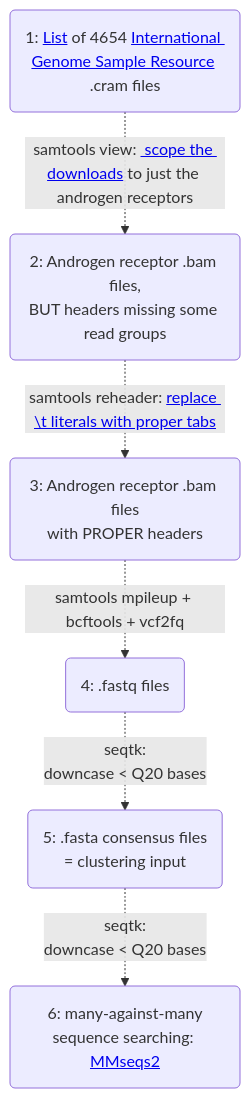
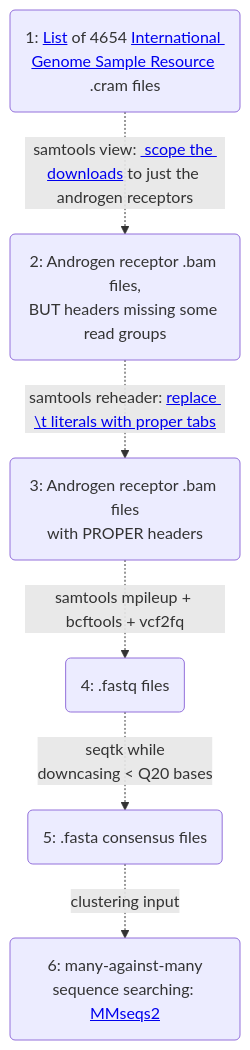
The first of 5 diagrams in README.md (engelanna/androgen-receptor-clusters-world-map), drawn with Mermaid before and after one commit. The commit also changed other lines of this file, not shown here.

````diff
--- a/README.md
+++ b/README.md
@@ -33,12 +33,12 @@
 ```mermaid
 graph TD
     A(1: <a href='https://github.com/engelanna/androgen-receptor-clustering/blob/main/assets/txt/download_bam_files_input_urls.txt'>List</a> of 4654 <a href='https://www.internationalgenome.org/'>International Genome Sample Resource</a> .cram files) -.->|samtools view: <a href='https://github.com/engelanna/androgen-receptor-clustering/blob/main/scripts/_010_download_bam_files.py#L20'> scope the downloads</a> to just the androgen receptors| B
 
     B(2: Androgen receptor .bam files,<br>BUT headers missing some read groups) -.-> | samtools reheader: <a href='https://github.com/engelanna/androgen-receptor-clustering/blob/main/scripts/_015_reheader_bam_files_with_proper_tabs.py#L23'>replace \t literals with proper tabs</a>| C
     
     C(3: Androgen receptor .bam files<br>with PROPER headers) -.->|samtools mpileup + bcftools + vcf2fq|D
     
-    D(4: .fastq files) -.->|seqtk:<br>downcase < Q20 bases| E(5: .fasta consensus files<br>= clustering input)
+    D(4: .fastq files) -.->|seqtk while<br>downcasing < Q20 bases| E(5: .fasta consensus files)
 
-    E -.->|seqtk:<br>downcase < Q20 bases| F(6: many-against-many<br>sequence searching: <a href='https://github.com/soedinglab/MMseqs2'>MMseqs2</a>)
+    E -.-> |clustering input| F(6: many-against-many<br>sequence searching: <a href='https://github.com/soedinglab/MMseqs2'>MMseqs2</a>)
 ```
````
